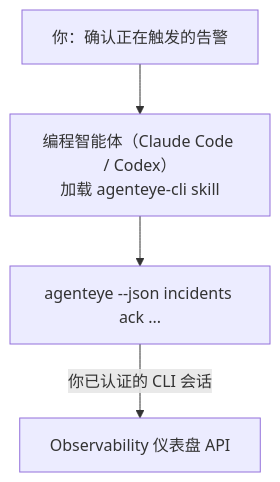
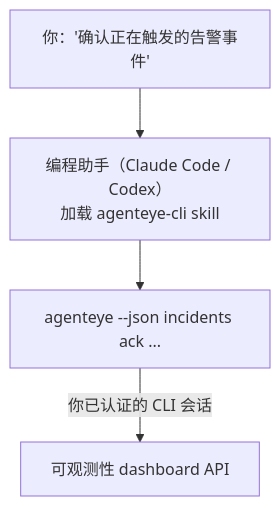
One commit to GongYuanCaiJi/failproofai changed the diagram in docs/zh/agenteye/cli-skill.mdx. Above: the diagram before and after it, drawn with Mermaid. The commit also changed other lines of this file and 364 other files, not shown here.

````diff
--- a/docs/zh/agenteye/cli-skill.mdx
+++ b/docs/zh/agenteye/cli-skill.mdx
@@ -26,6 +28,6 @@
 ```mermaid
 flowchart TD
-    YOU["你：确认正在触发的告警"] --> AGENT["编程智能体（Claude Code / Codex）<br/>加载 agenteye-cli skill"]
+    YOU["你：'确认正在触发的告警事件'"] --> AGENT["编程助手（Claude Code / Codex）<br/>加载 agenteye-cli skill"]
     AGENT --> CLI["agenteye --json incidents ack ..."]
-    CLI -->|你已认证的 CLI 会话| API["Observability 仪表盘 API"]
+    CLI -->|你已认证的 CLI 会话| API["可观测性 dashboard API"]
 ```
````
